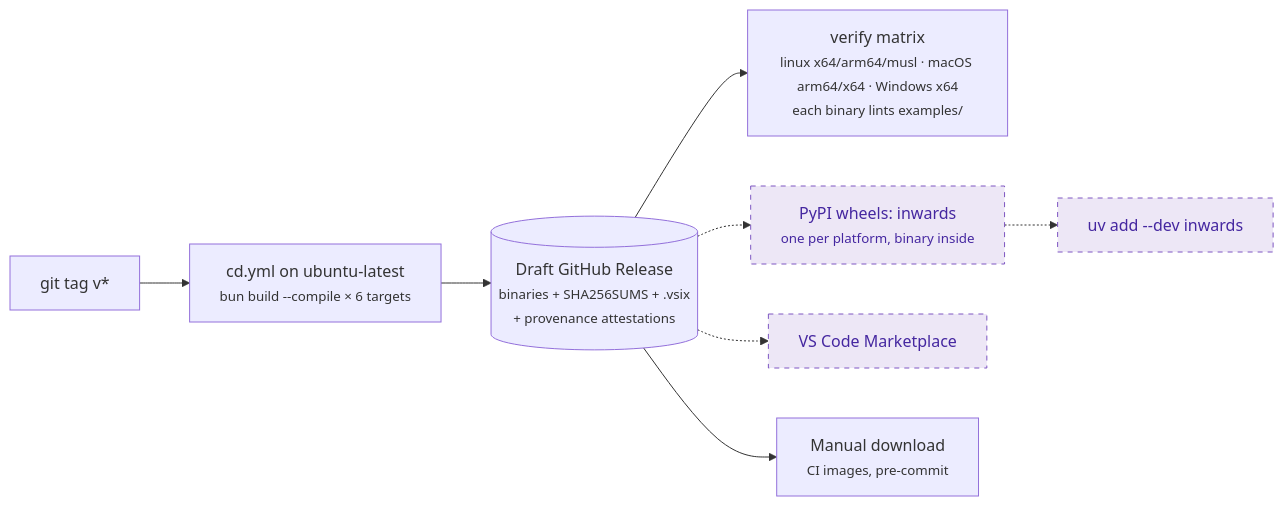
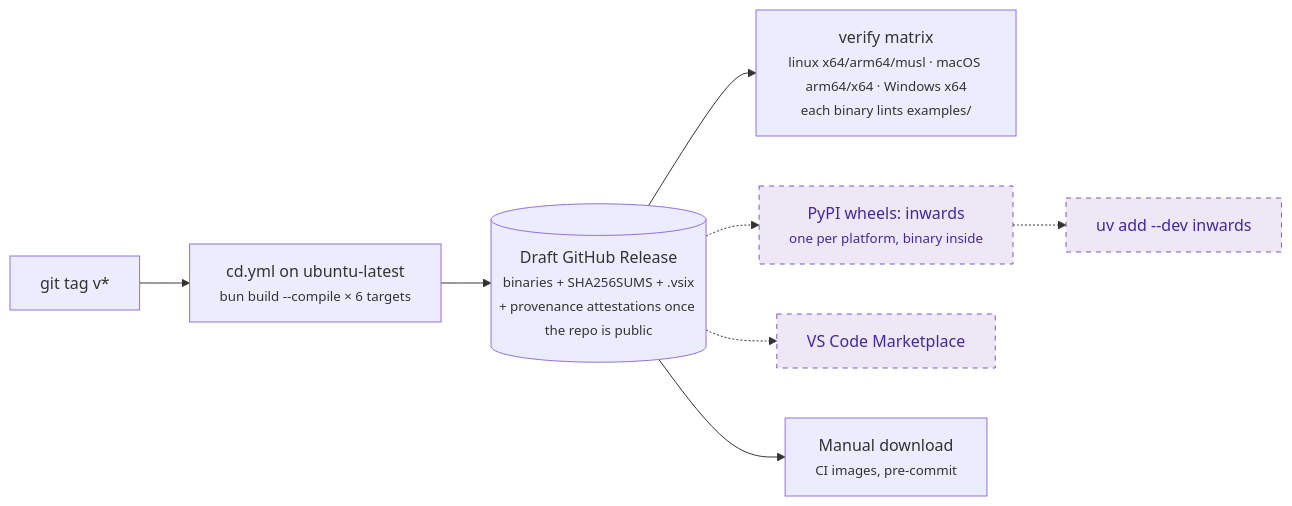
One commit to SirCypkowskyy/inwards changed the sixth of 6 diagrams in docs/chapters/03-Architecture-C4.md. Above: the diagram before and after it, drawn with Mermaid. The commit also changed 14 other files, not shown here.

````diff
--- a/docs/chapters/03-Architecture-C4.md
+++ b/docs/chapters/03-Architecture-C4.md
@@ -219,13 +219,13 @@
 ```mermaid
 flowchart LR
     tag["git tag v*"] --> cd["cd.yml on ubuntu-latest<br/><small>bun build --compile × 6 targets</small>"]
-    cd --> art[("Draft GitHub Release<br/><small>binaries + SHA256SUMS + .vsix<br/>+ provenance attestations</small>")]
+    cd --> art[("Draft GitHub Release<br/><small>binaries + SHA256SUMS + .vsix<br/>+ provenance attestations once the repo is public</small>")]
     art --> verify["verify matrix<br/><small>linux x64/arm64/musl · macOS arm64/x64 · Windows x64<br/>each binary lints examples/</small>"]
     art -.-> wheel["PyPI wheels: inwards<br/><small>one per platform, binary inside</small>"]
     art -.-> market["VS Code Marketplace"]
     wheel -.-> dev["uv add --dev inwards"]
     art --> manual["Manual download<br/><small>CI images, pre-commit</small>"]
 
     classDef planned fill:#ede7f6,color:#4527a0,stroke:#7e57c2,stroke-dasharray:5 5
     class wheel,market,dev planned
 ```
````
